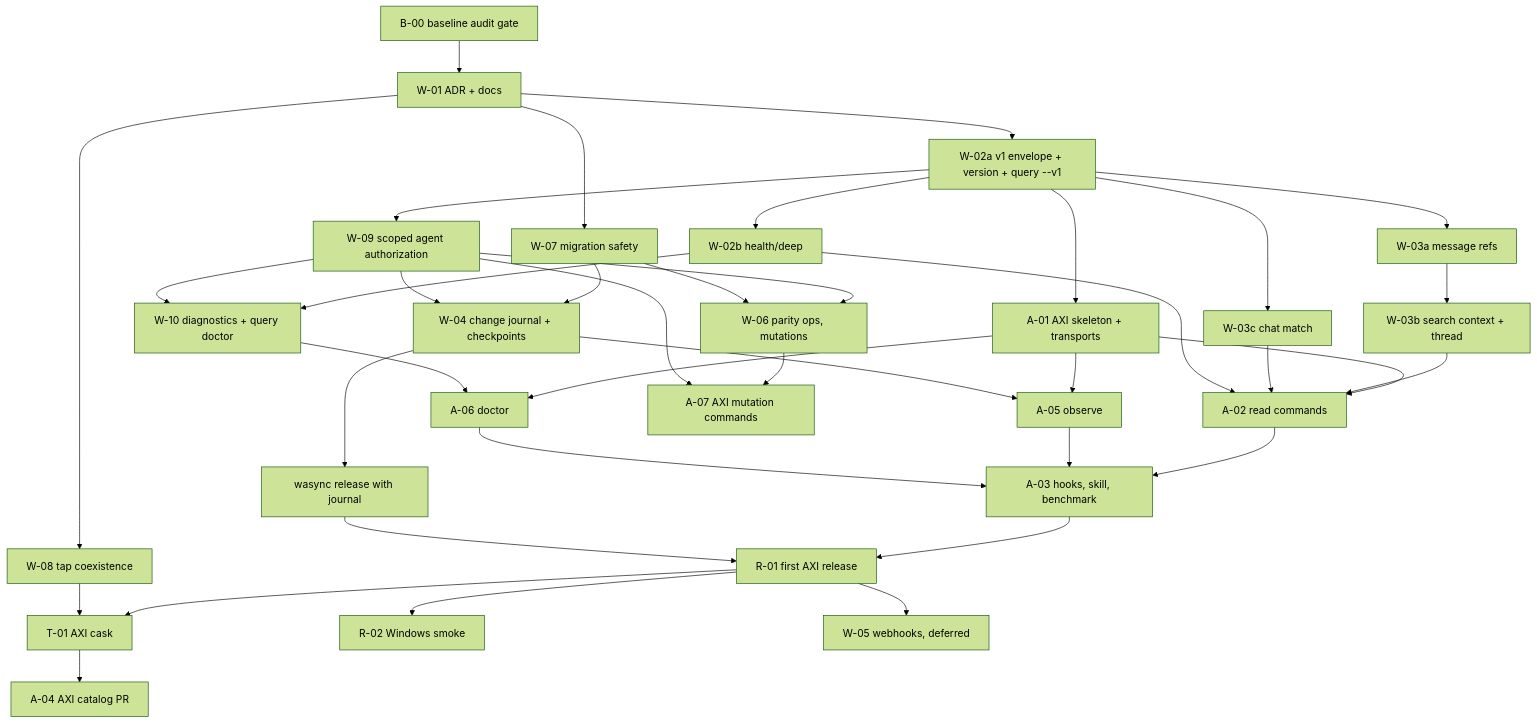
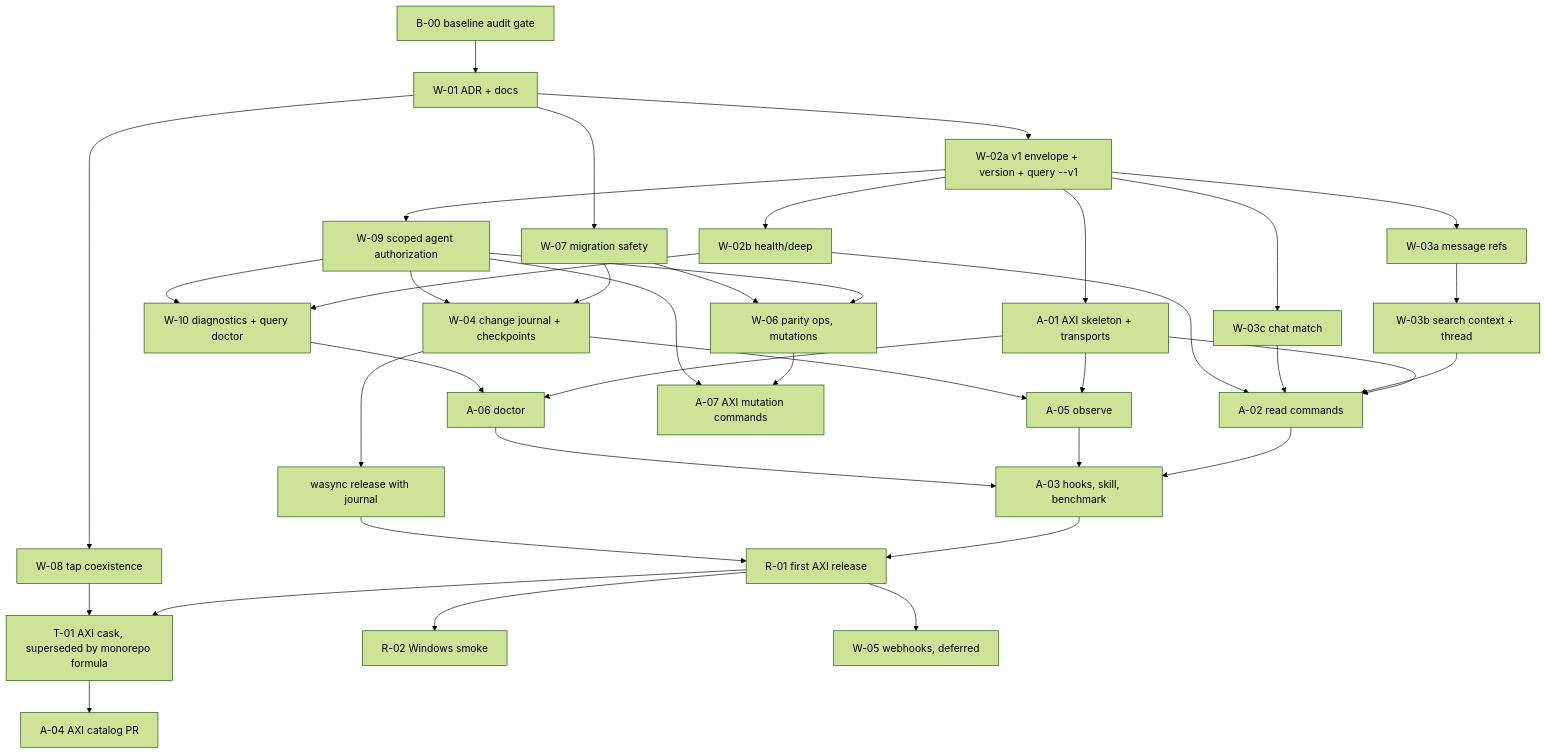
Before and after one commit to gehariharan/wasync: the diagram in docs/architecture/roadmap.md, drawn with Mermaid (forest theme). The commit also changed other lines of this file and 3 other files, not shown here.

````diff
--- a/docs/architecture/roadmap.md
+++ b/docs/architecture/roadmap.md
@@ -11,40 +11,40 @@
 ```mermaid
 graph TD
   B00[B-00 baseline audit gate] --> W01[W-01 ADR + docs]
   W01 --> W02a[W-02a v1 envelope + version + query --v1]
   W01 --> W07[W-07 migration safety]
   W01 --> W08[W-08 tap coexistence]
   W02a --> W02b[W-02b health/deep]
   W02a --> W09[W-09 scoped agent authorization]
   W02a --> W03a[W-03a message refs]
   W02a --> W03c[W-03c chat match]
   W03a --> W03b[W-03b search context + thread]
   W02b --> W10[W-10 diagnostics + query doctor]
   W09 --> W10
   W07 --> W04[W-04 change journal + checkpoints]
   W09 --> W04
   W02a --> A01[A-01 AXI skeleton + transports]
   A01 --> A02[A-02 read commands]
   W03b --> A02
   W03c --> A02
   W02b --> A02
   A01 --> A05[A-05 observe]
   W04 --> A05
   A01 --> A06[A-06 doctor]
   W10 --> A06
   A02 --> A03[A-03 hooks, skill, benchmark]
   A05 --> A03
   A06 --> A03
   W04 --> REL[wasync release with journal]
   A03 --> R01[R-01 first AXI release]
   REL --> R01
-  R01 --> T01[T-01 AXI cask]
+  R01 --> T01[T-01 AXI cask, superseded by monorepo formula]
   W08 --> T01
   R01 --> R02[R-02 Windows smoke]
   R01 --> W05[W-05 webhooks, deferred]
   T01 --> A04[A-04 AXI catalog PR]
   W09 --> W06[W-06 parity ops, mutations]
   W07 --> W06
   W06 --> A07[A-07 AXI mutation commands]
   W09 --> A07
 ```
````
